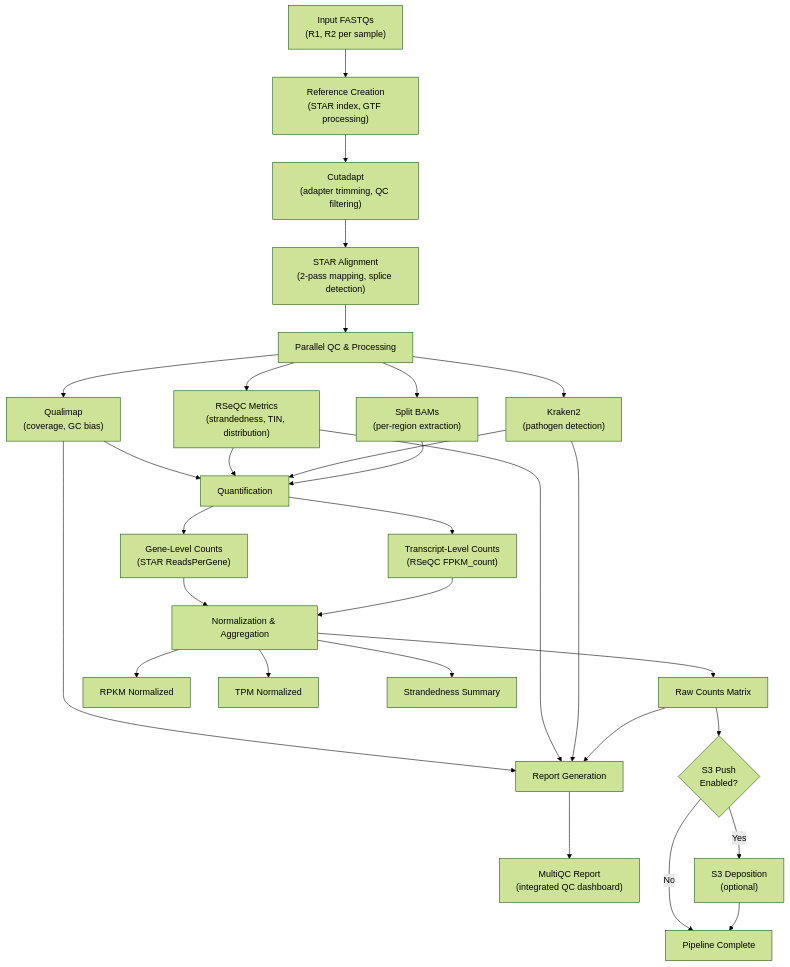
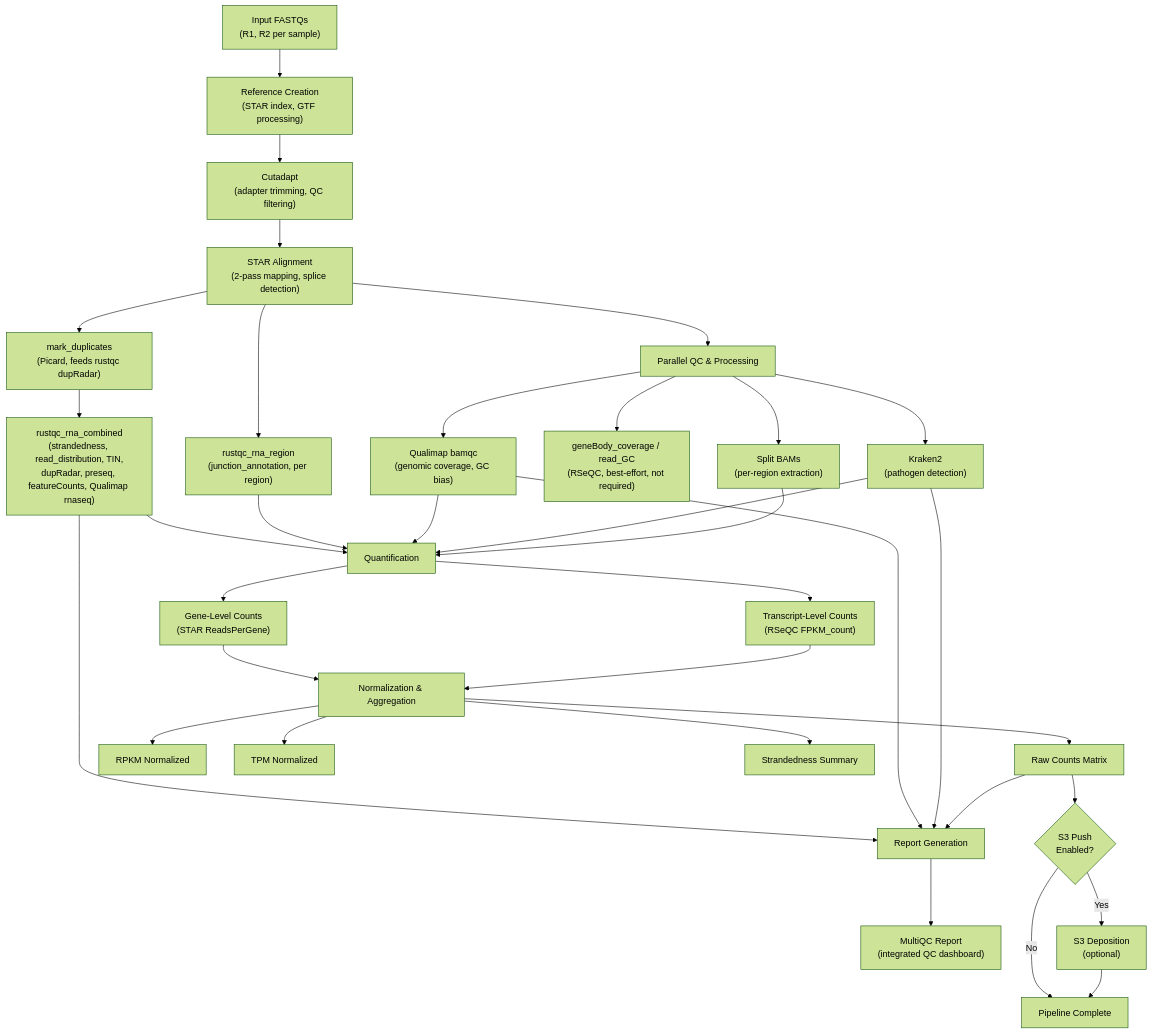
The diagram in docs/pipeline.qmd (dremellab/HAROLD), drawn with Mermaid (forest theme) before and after one commit. The commit also changed other lines of this file and 5 other files, not shown here.

````diff
--- a/docs/pipeline.qmd
+++ b/docs/pipeline.qmd
@@ -9,40 +9,44 @@
 ```{mermaid}
 graph TD
     A["Input FASTQs<br/>(R1, R2 per sample)"] --> B["Reference Creation<br/>(STAR index, GTF processing)"]
     B --> C["Cutadapt<br/>(adapter trimming, QC filtering)"]
     C --> D["STAR Alignment<br/>(2-pass mapping, splice detection)"]
     D --> E["Parallel QC & Processing"]
-    
-    E --> E1["Qualimap<br/>(coverage, GC bias)"]
-    E --> E2["RSeQC Metrics<br/>(strandedness, TIN, distribution)"]
+
+    D --> E0["mark_duplicates<br/>(Picard, feeds rustqc dupRadar)"]
+    E0 --> E1["rustqc_rna_combined<br/>(strandedness, read_distribution, TIN,<br/>dupRadar, preseq, featureCounts, Qualimap rnaseq)"]
+    D --> E1b["rustqc_rna_region<br/>(junction_annotation, per region)"]
+    E --> E1c["Qualimap bamqc<br/>(genomic coverage, GC bias)"]
+    E --> E1d["geneBody_coverage / read_GC<br/>(RSeQC, best-effort, not required)"]
     E --> E3["Kraken2<br/>(pathogen detection)"]
     E --> E4["Split BAMs<br/>(per-region extraction)"]
-    
+
     E1 --> F["Quantification"]
-    E2 --> F
+    E1b --> F
+    E1c --> F
     E3 --> F
     E4 --> F
-    
+
     F --> F1["Gene-Level Counts<br/>(STAR ReadsPerGene)"]
     F --> F2["Transcript-Level Counts<br/>(RSeQC FPKM_count)"]
-    
+
     F1 --> G["Normalization & Aggregation"]
     F2 --> G
-    
+
     G --> G1["Raw Counts Matrix"]
     G --> G2["RPKM Normalized"]
     G --> G3["TPM Normalized"]
     G --> G4["Strandedness Summary"]
-    
+
     E1 --> H["Report Generation"]
-    E2 --> H
+    E1c --> H
     E3 --> H
     G1 --> H
-    
+
     H --> I["MultiQC Report<br/>(integrated QC dashboard)"]
-    
+
     G1 --> J{"S3 Push<br/>Enabled?"}
     J -->|Yes| K["S3 Deposition<br/>(optional)"]
     J -->|No| L["Pipeline Complete"]
     K --> L
 ```
````
